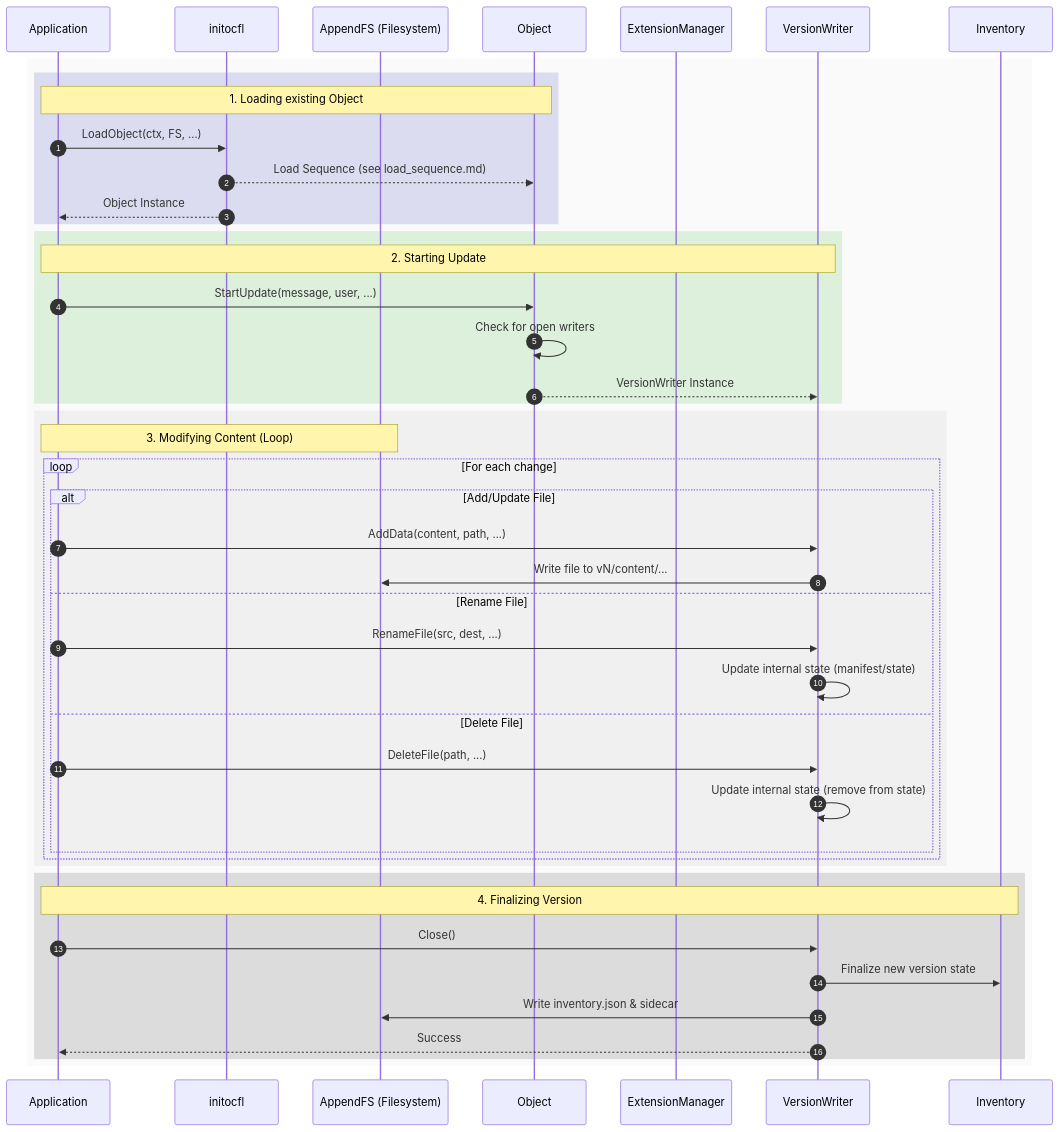
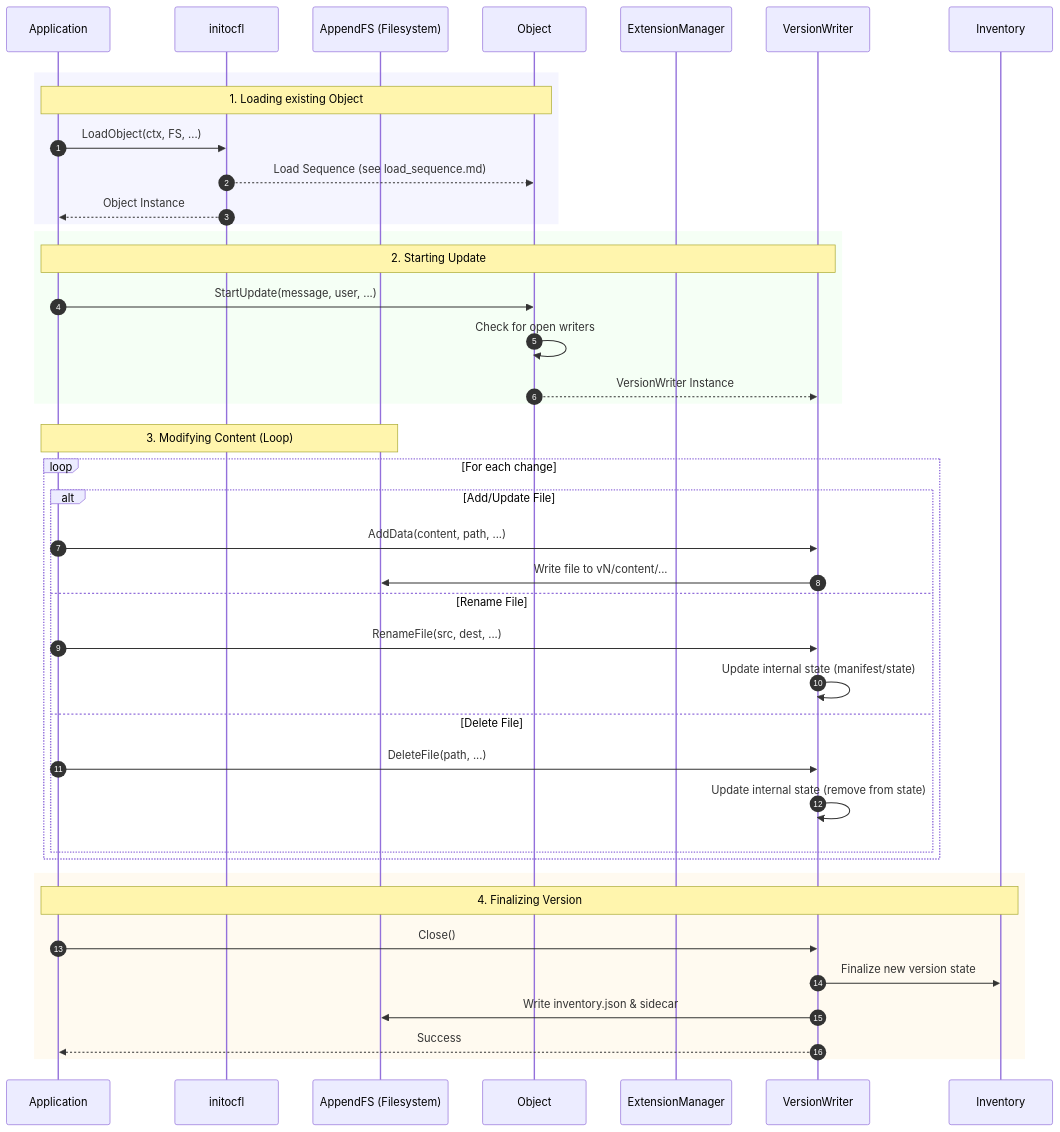
One commit to ocfl-archive/gocfl changed the diagram in pkg/ocfl/object/docs/update_sequence.md. Above: the diagram before and after it, drawn with Mermaid. The commit also changed 4 other files, not shown here.

Commit message:
Updated Mermaid sequence diagrams across documentation to enhance color consistency in `rect` syntax for improved readability.

````diff
--- a/pkg/ocfl/object/docs/update_sequence.md
+++ b/pkg/ocfl/object/docs/update_sequence.md
@@ -9,51 +9,51 @@
 ```mermaid
 sequenceDiagram
     autonumber
-    rect rgb(250, 250, 250)
+    rect rgb(255, 255, 255)
     participant App as Application
     participant Init as initocfl
     participant FS as AppendFS (Filesystem)
     participant Obj as Object
     participant EM as ExtensionManager
     participant VW as VersionWriter
     participant Inv as Inventory
 
-    rect rgb(220, 220, 240)
+    rect rgb(245, 245, 255)
     Note over App, Obj: 1. Loading existing Object
     App->>Init: LoadObject(ctx, FS, ...)
     Init-->>Obj: Load Sequence (see load_sequence.md)
     Init-->>App: Object Instance
     end
 
-    rect rgb(220, 240, 220)
+    rect rgb(245, 255, 245)
     Note over App, VW: 2. Starting Update
     App->>Obj: StartUpdate(message, user, ...)
     Obj->>Obj: Check for open writers
     Obj-->>VW: VersionWriter Instance
     end
 
-    rect rgb(240, 240, 240)
+    rect rgb(255, 255, 255)
     Note over App, FS: 3. Modifying Content (Loop)
     loop For each change
         alt Add/Update File
             App->>VW: AddData(content, path, ...)
             VW->>FS: Write file to vN/content/...
         else Rename File
             App->>VW: RenameFile(src, dest, ...)
             VW->>VW: Update internal state (manifest/state)
         else Delete File
             App->>VW: DeleteFile(path, ...)
             VW->>VW: Update internal state (remove from state)
         end
     end
     end
 
-    rect rgb(220, 220, 220)
+    rect rgb(255, 250, 240)
     Note over App, Inv: 4. Finalizing Version
     App->>VW: Close()
     VW->>Inv: Finalize new version state
     VW->>FS: Write inventory.json & sidecar
     VW-->>App: Success
     end
     end
 ```
````
